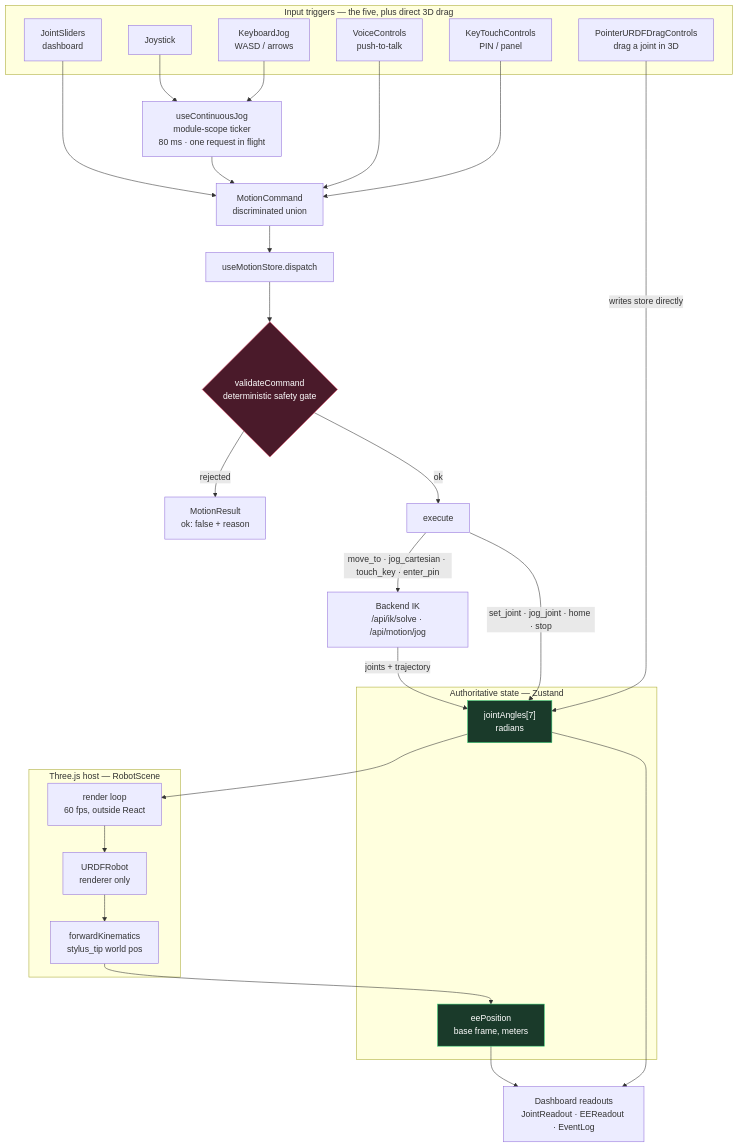
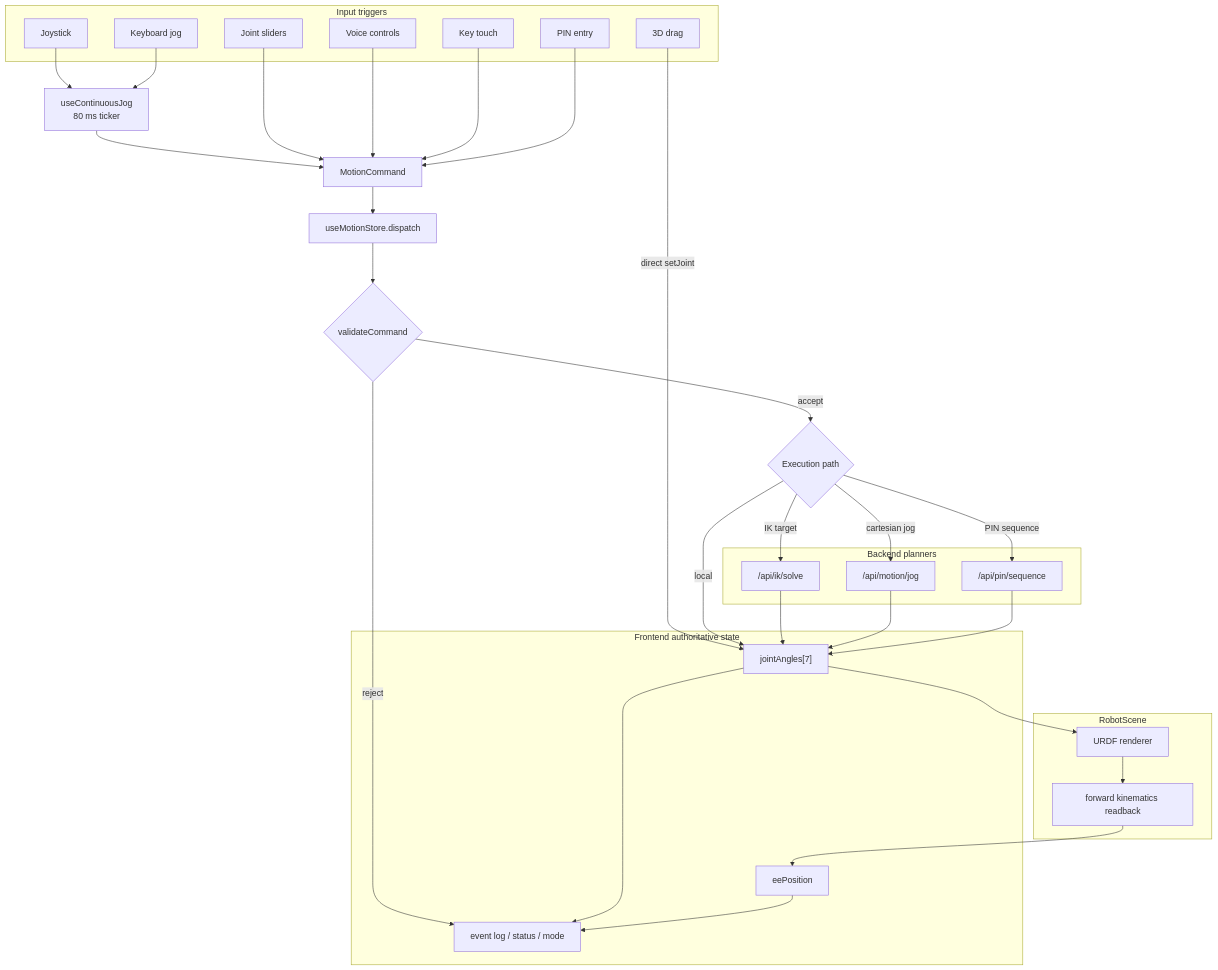
The second of 8 diagrams in docs/architecture/system-architecture.md (ShafayetSadi/iut-techathon-onsite), drawn with Mermaid before and after one commit. The commit also changed other lines of this file and 2 other files, not shown here.

Commit message:
docs: updated architecture and readme

````diff
--- a/docs/architecture/system-architecture.md
+++ b/docs/architecture/system-architecture.md
@@ -78,59 +69,60 @@
 ```mermaid
 flowchart TB
-    subgraph triggers["Input triggers — the five, plus direct 3D drag"]
-        T1["JointSliders<br/>dashboard"]
+    subgraph triggers["Input triggers"]
+        T1["Joint sliders"]
         T2["Joystick"]
-        T3["KeyboardJog<br/>WASD / arrows"]
-        T4["VoiceControls<br/>push-to-talk"]
-        T5["KeyTouchControls<br/>PIN / panel"]
-        T6["PointerURDFDragControls<br/>drag a joint in 3D"]
+        T3["Keyboard jog"]
+        T4["Voice controls"]
+        T5["Key touch"]
+        T6["PIN entry"]
+        T7["3D drag"]
     end
 
-    JOG["useContinuousJog<br/>module-scope ticker<br/>80 ms · one request in flight"]
-    CMD["MotionCommand<br/>discriminated union"]
-    GATE{"validateCommand<br/>deterministic safety gate"}
+    JOG["useContinuousJog<br/>80 ms ticker"]
+    CMD["MotionCommand"]
+    GATE{"validateCommand"}
     STORE["useMotionStore.dispatch"]
 
-    subgraph auth["Authoritative state — Zustand"]
-        JA["jointAngles[7]<br/>radians"]
-        EE["eePosition<br/>base frame, meters"]
+    subgraph state["Frontend authoritative state"]
+        JA["jointAngles[7]"]
+        EE["eePosition"]
+        LOG["event log / status / mode"]
     end
 
-    subgraph render["Three.js host — RobotScene"]
-        LOOP["render loop<br/>60 fps, outside React"]
-        ROBOT["URDFRobot<br/>renderer only"]
-        FK["forwardKinematics<br/>stylus_tip world pos"]
+    subgraph render["RobotScene"]
+        ROBOT["URDF renderer"]
+        FK["forward kinematics readback"]
     end
 
-    BE["Backend IK<br/>/api/ik/solve · /api/motion/jog"]
-    DASH["Dashboard readouts<br/>JointReadout · EEReadout · EventLog"]
+    subgraph backend["Backend planners"]
+        IK["/api/ik/solve"]
+        JOGAPI["/api/motion/jog"]
+        PINAPI["/api/pin/sequence"]
+    end
 
     T2 --> JOG
     T3 --> JOG
     JOG --> CMD
     T1 --> CMD
     T4 --> CMD
     T5 --> CMD
-    T6 -->|"writes store directly"| JA
+    T6 --> CMD
+    T7 -->|"direct setJoint"| JA
 
     CMD --> STORE
     STORE --> GATE
-    GATE -->|"rejected"| REJ["MotionResult<br/>ok: false + reason"]
-    GATE -->|"ok"| EXEC["execute"]
-
-    EXEC -->|"move_to · jog_cartesian · touch_key · enter_pin"| BE
-    EXEC -->|"set_joint · jog_joint · home · stop"| JA
-    BE -->|"joints + trajectory"| JA
-
-    JA --> LOOP
-    LOOP --> ROBOT
+    GATE -->|"reject"| LOG
+    GATE -->|"accept"| EXEC{"Execution path"}
+    EXEC -->|"local"| JA
+    EXEC -->|"IK target"| IK
+    EXEC -->|"cartesian jog"| JOGAPI
+    EXEC -->|"PIN sequence"| PINAPI
+    IK --> JA
+    JOGAPI --> JA
+    PINAPI --> JA
+    JA --> ROBOT
     ROBOT --> FK
     FK --> EE
-    JA --> DASH
-    EE --> DASH
-
-    classDef gate fill:#4a1a2a,stroke:#e94b6a,color:#fff
-    classDef state fill:#1a3a2a,stroke:#3ad57b,color:#fff
-    class GATE gate
-    class JA,EE state
+    JA --> LOG
+    EE --> LOG
 ```
````
